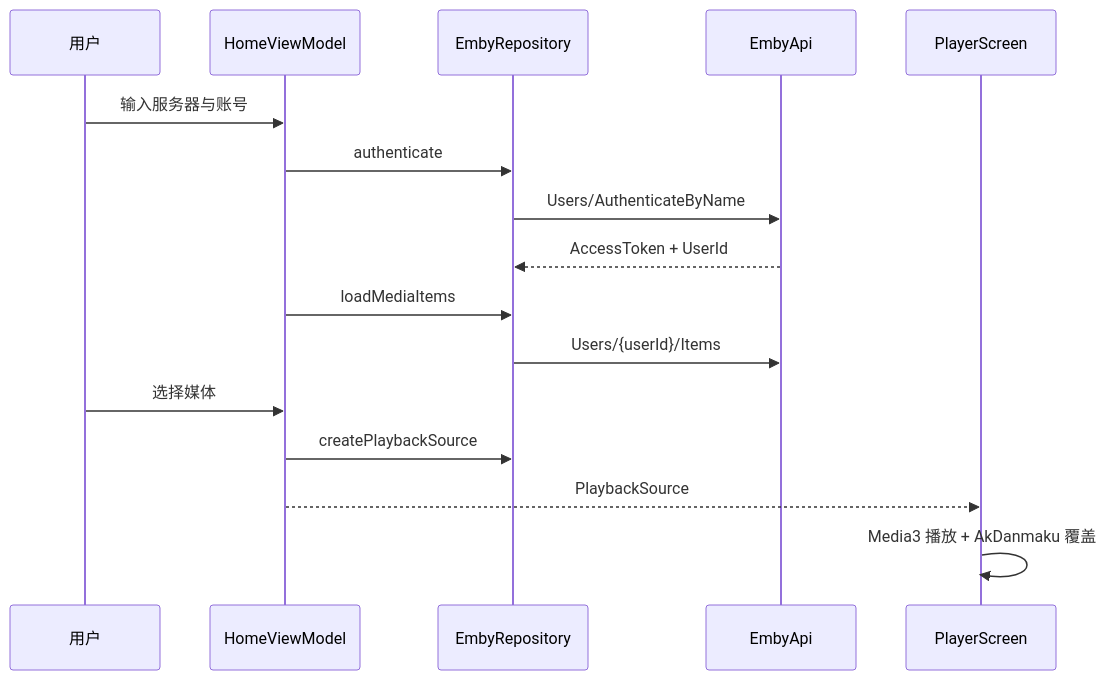
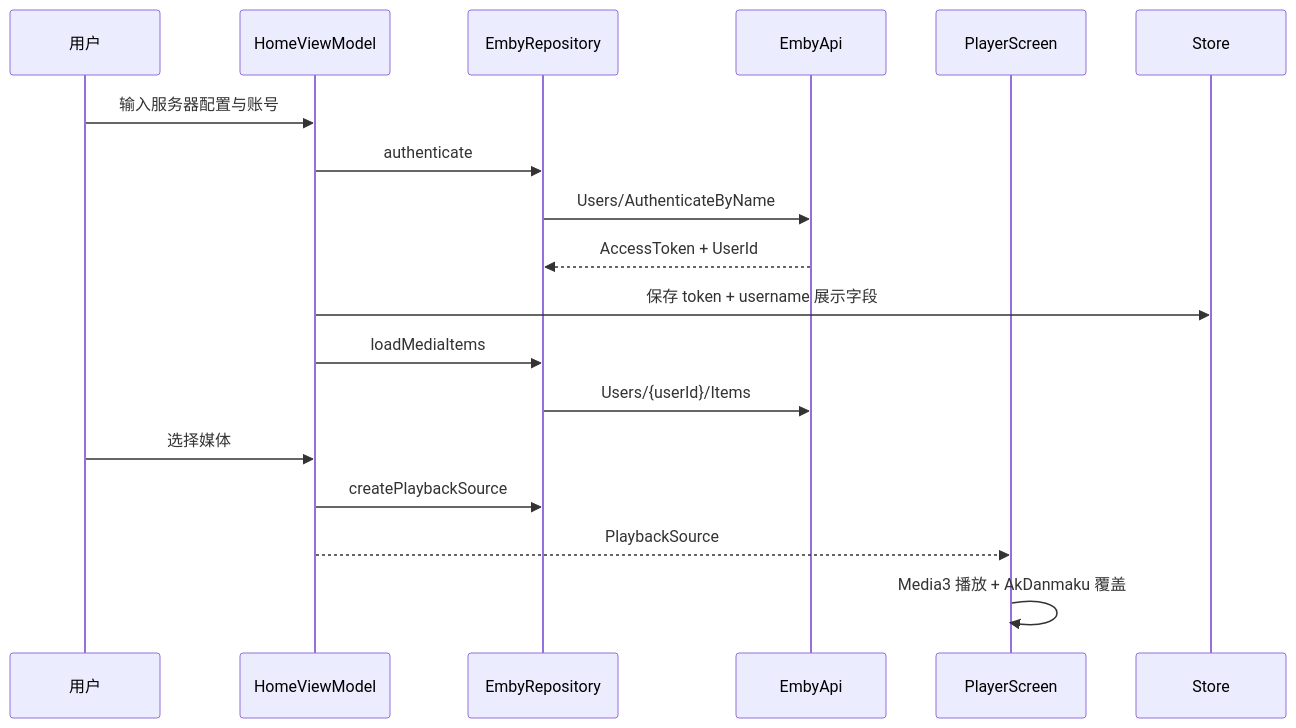
One commit to zcw199604/embyTv changed the second of 2 diagrams in helloagents/main/wiki/arch.md. Above: the diagram before and after it, drawn with Mermaid. The commit also changed other lines of this file and 26 other files, not shown here.

````diff
--- a/helloagents/main/wiki/arch.md
+++ b/helloagents/main/wiki/arch.md
@@ -28,18 +31,19 @@
 ```mermaid
 sequenceDiagram
     participant User as 用户
     participant Home as HomeViewModel
     participant Repo as EmbyRepository
     participant Api as EmbyApi
     participant Player as PlayerScreen
-    User->>Home: 输入服务器与账号
+    User->>Home: 输入服务器配置与账号
     Home->>Repo: authenticate
     Repo->>Api: Users/AuthenticateByName
     Api-->>Repo: AccessToken + UserId
+    Home->>Store: 保存 token + username 展示字段
     Home->>Repo: loadMediaItems
     Repo->>Api: Users/{userId}/Items
     User->>Home: 选择媒体
     Home->>Repo: createPlaybackSource
     Home-->>Player: PlaybackSource
     Player->>Player: Media3 播放 + AkDanmaku 覆盖
 ```
````
